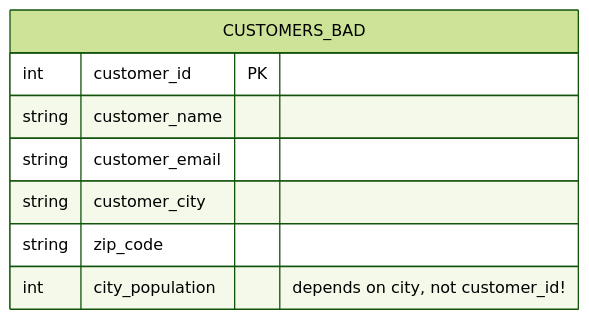
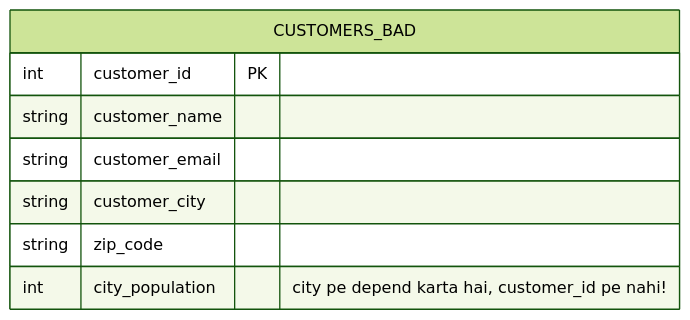
One commit to Siddesh-Pansare93/dev-notes changed the fifth of 5 diagrams in database-notes/db-fundamentals/04-normalization.md. Above: the diagram before and after it, drawn with Mermaid (forest theme). The commit also changed other lines of this file and 248 other files, not shown here.

````diff
--- a/database-notes/db-fundamentals/04-normalization.md
+++ b/database-notes/db-fundamentals/04-normalization.md
@@ -264,11 +264,11 @@
 ```mermaid
 erDiagram
     CUSTOMERS_BAD {
         int customer_id PK
         string customer_name
         string customer_email
         string customer_city
         string zip_code
-        int city_population "depends on city, not customer_id!"
+        int city_population "city pe depend karta hai, customer_id pe nahi!"
     }
 ```
````
